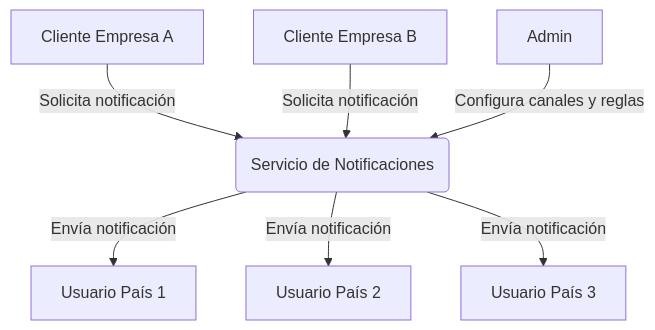
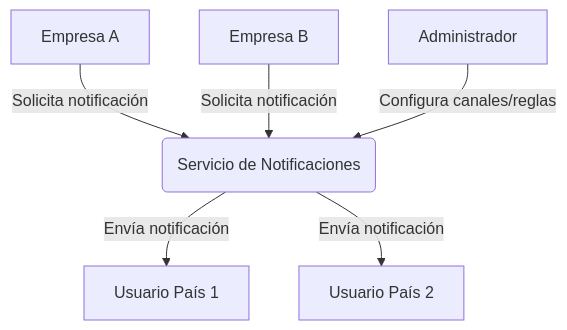
Before and after one commit to jclemente-tlm/tlm-arq-servicios-corporativos: the diagram in docs/servicio-notificacion/03-contexto-y-alcance.md, drawn with Mermaid. The commit also changed other lines of this file and 6 other files, not shown here.

````diff
--- a/docs/servicio-notificacion/03-contexto-y-alcance.md
+++ b/docs/servicio-notificacion/03-contexto-y-alcance.md
@@ -7,9 +17,8 @@
 ```mermaid
 flowchart TD
-    A[Cliente Empresa A] -->|Solicita notificación| S(Servicio de Notificaciones)
-    B[Cliente Empresa B] -->|Solicita notificación| S
-    S -->|Envía notificación| U1[Usuario País 1]
-    S -->|Envía notificación| U2[Usuario País 2]
-    S -->|Envía notificación| U3[Usuario País 3]
-    Admin -->|Configura canales y reglas| S
+    EmpresaA[Empresa A] -->|Solicita notificación| S(Servicio de Notificaciones)
+    EmpresaB[Empresa B] -->|Solicita notificación| S
+    S -->|Envía notificación| Usuario1[Usuario País 1]
+    S -->|Envía notificación| Usuario2[Usuario País 2]
+    Admin[Administrador] -->|Configura canales/reglas| S
 ```
````
